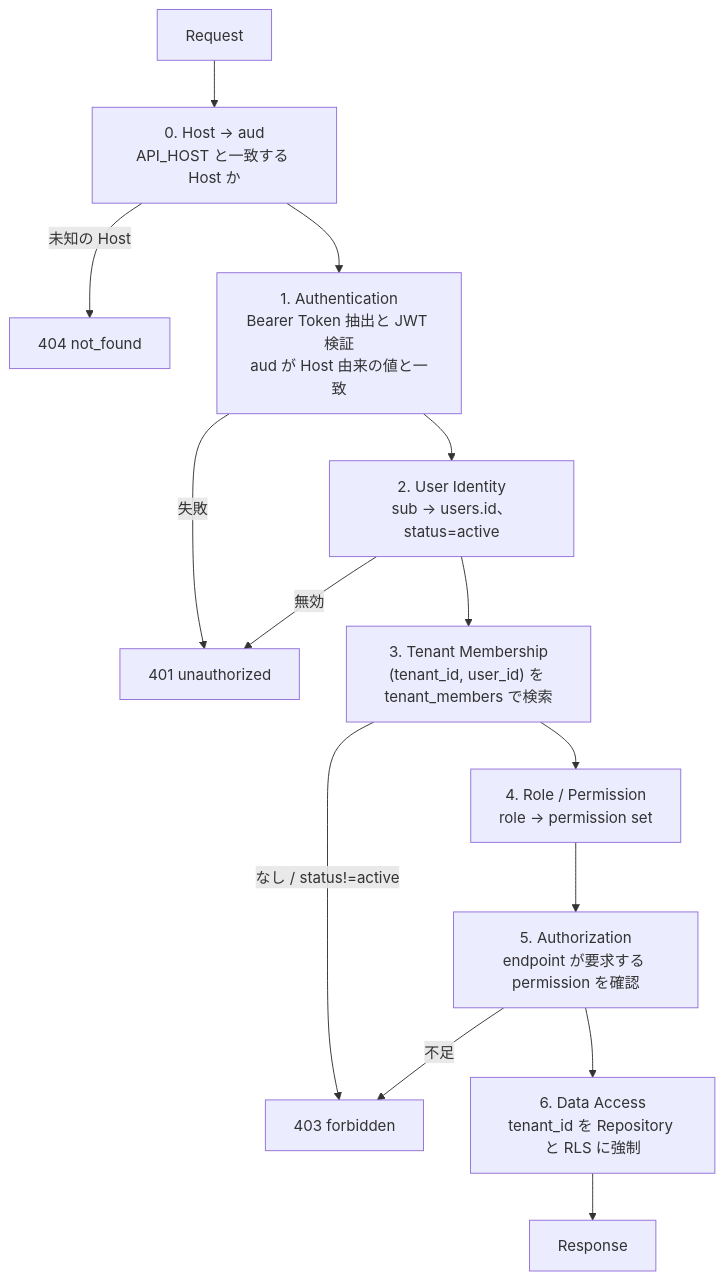
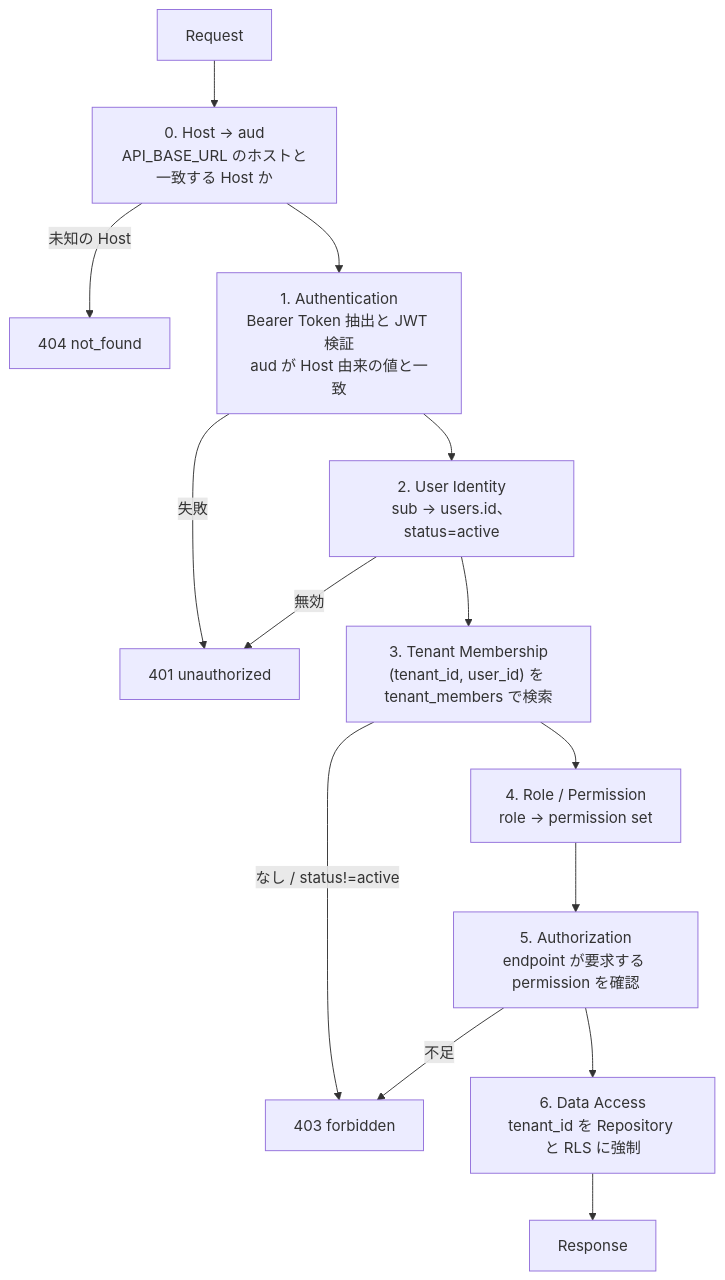
The diagram in docs/design/07-api-auth-design.md (daisuke-tanabe/multi-domain-sandbox), drawn with Mermaid before and after one commit. The commit also changed other lines of this file and 120 other files, not shown here.

````diff
--- a/docs/design/07-api-auth-design.md
+++ b/docs/design/07-api-auth-design.md
@@ -14,16 +14,16 @@
 ```mermaid
 flowchart TD
-    A["Request"] --> A0["0. Host → aud<br/>API_HOST と一致する Host か"]
+    A["Request"] --> A0["0. Host → aud<br/>API_BASE_URL のホストと一致する Host か"]
     A0 -- 未知の Host --> E0["404 not_found"]
     A0 --> B["1. Authentication<br/>Bearer Token 抽出と JWT 検証<br/>aud が Host 由来の値と一致"]
     B -- 失敗 --> E1["401 unauthorized"]
     B --> C["2. User Identity<br/>sub → users.id、status=active"]
     C -- 無効 --> E1
     C --> D["3. Tenant Membership<br/>(tenant_id, user_id) を tenant_members で検索"]
     D -- なし / status!=active --> E2["403 forbidden"]
     D --> F["4. Role / Permission<br/>role → permission set"]
     F --> G["5. Authorization<br/>endpoint が要求する permission を確認"]
     G -- 不足 --> E2
     G --> H["6. Data Access<br/>tenant_id を Repository と RLS に強制"]
     H --> I["Response"]
 ```
````
